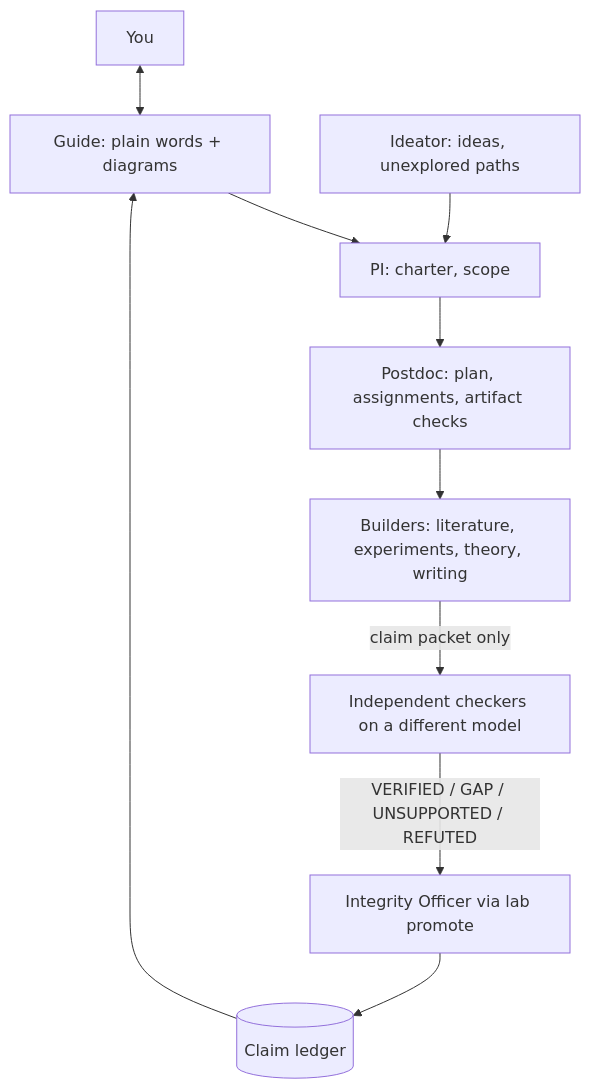
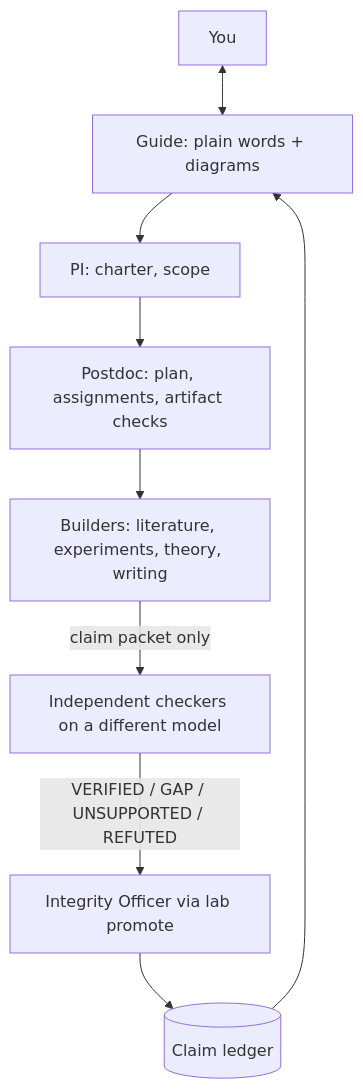
The diagram in README.md (Showerss/WeSearch), drawn with Mermaid before and after one commit. The commit also changed 7 other files, not shown here.

First line of the commit message:
Remove the Ideator role; fold raw ideas into the Pathfinder

````diff
--- a/README.md
+++ b/README.md
@@ -7,12 +7,11 @@
 ```mermaid
 flowchart TD
   U[You] <--> G[Guide: plain words + diagrams]
   G --> PI[PI: charter, scope]
-  I[Ideator: ideas, unexplored paths] --> PI
   PI --> PD[Postdoc: plan, assignments, artifact checks]
   PD --> B[Builders: literature, experiments, theory, writing]
   B -->|claim packet only| C[Independent checkers on a different model]
   C -->|VERIFIED / GAP / UNSUPPORTED / REFUTED| IO[Integrity Officer via lab promote]
   IO --> L[(Claim ledger)]
   L --> G
 ```
````
